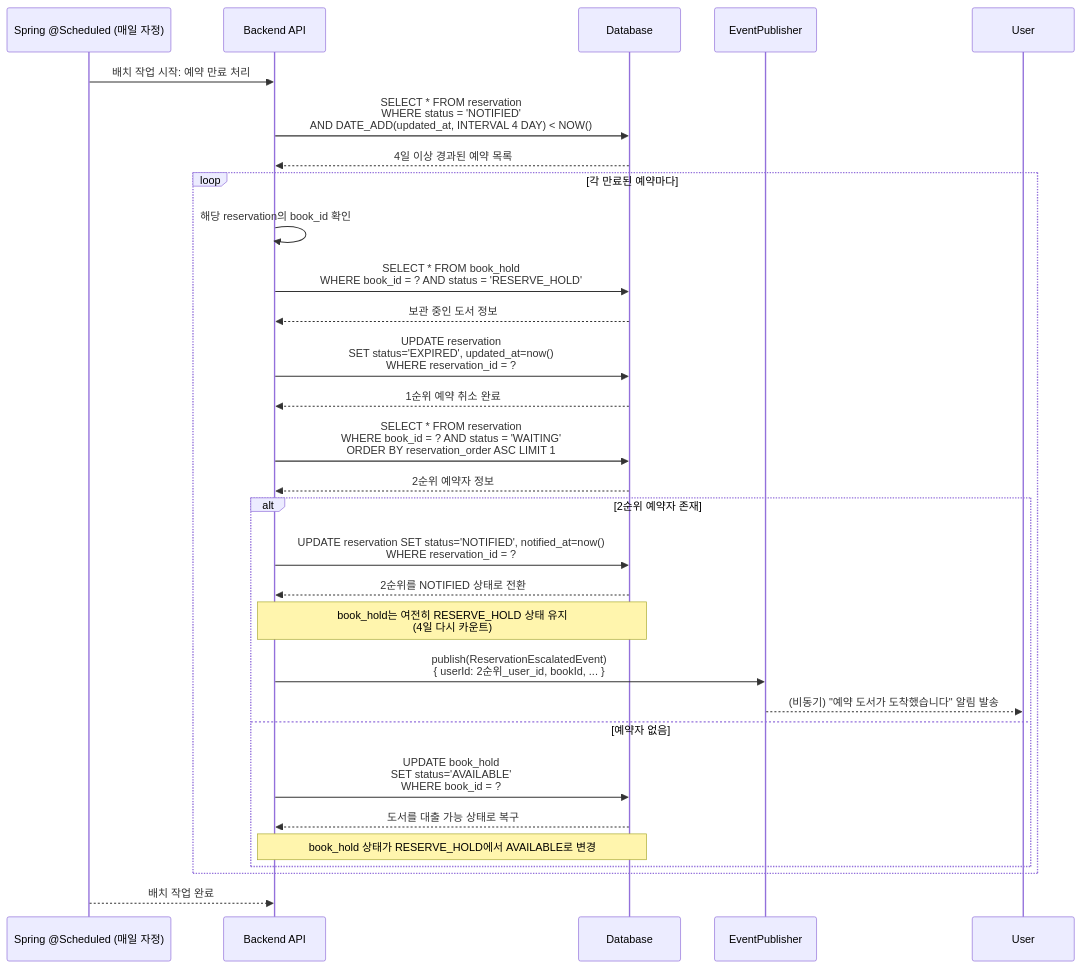
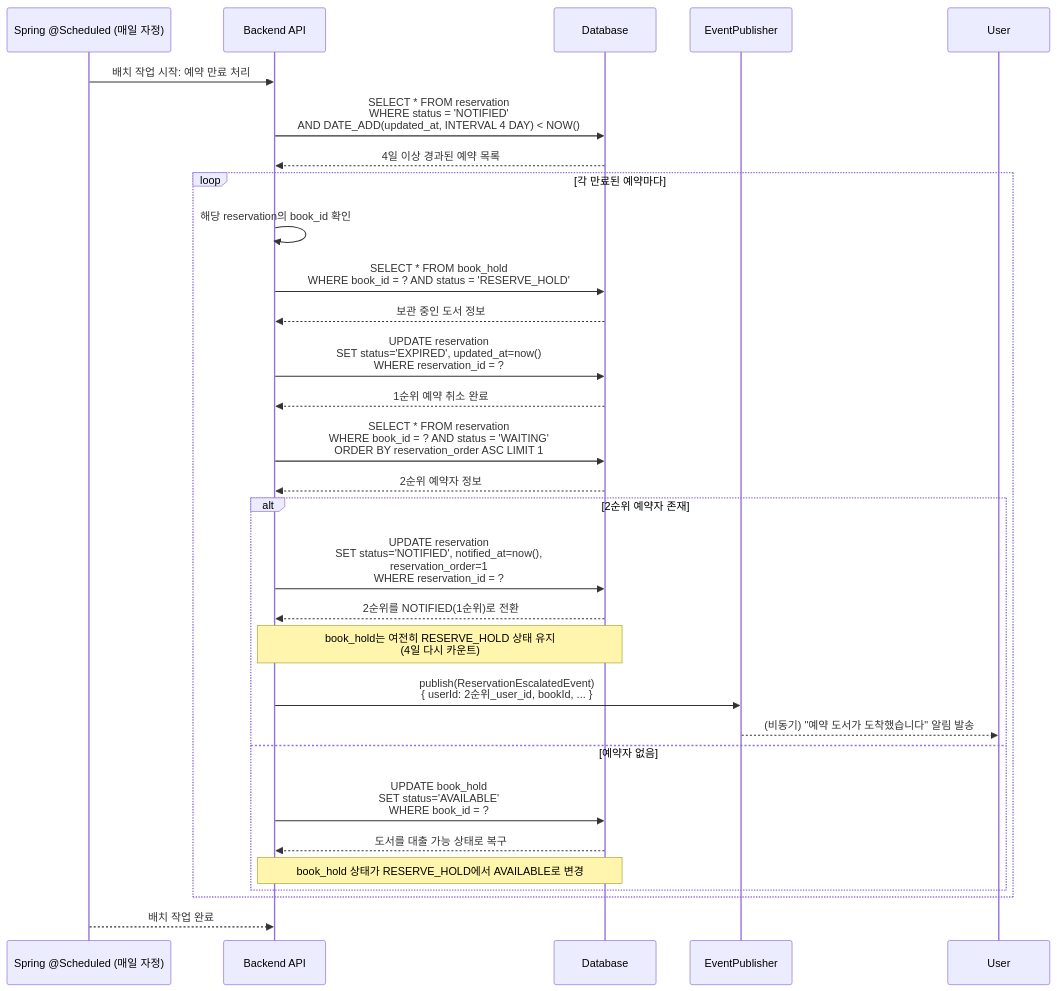
Before and after one commit to Boogieman-lab/book-management-system: the third of 4 diagrams in docs/02_design/architecture/sequence/reservation_sequence.md, drawn with Mermaid. The commit also changed other lines of this file, not shown here.

Commit message:
docs: 예약 승계 시 reservation_order 갱신 누락 수정 (C-06)
- 취소 즉시 승계 시퀀스: 2순위 → 1순위 승계 시 reservation_order=1 갱신 쿼리 추가
- 4일 자동 승계 스케줄러 시퀀스: 동일하게 reservation_order=1 갱신 쿼리 추가

````diff
--- a/docs/02_design/architecture/sequence/reservation_sequence.md
+++ b/docs/02_design/architecture/sequence/reservation_sequence.md
@@ -113,46 +113,46 @@
 ```mermaid
 sequenceDiagram
     participant Scheduler as Spring @Scheduled (매일 자정)
     participant Server as Backend API
     participant DB as Database
     participant Event as EventPublisher
 
     Scheduler->>Server: 배치 작업 시작: 예약 만료 처리
 
     Server->>DB: SELECT * FROM reservation<br>WHERE status = 'NOTIFIED'<br>AND DATE_ADD(updated_at, INTERVAL 4 DAY) < NOW()
 
     DB-->>Server: 4일 이상 경과된 예약 목록
 
     loop 각 만료된 예약마다
 
         Server->>Server: 해당 reservation의 book_id 확인
 
         Server->>DB: SELECT * FROM book_hold<br>WHERE book_id = ? AND status = 'RESERVE_HOLD'
         DB-->>Server: 보관 중인 도서 정보
 
         Server->>DB: UPDATE reservation<br>SET status='EXPIRED', updated_at=now()<br>WHERE reservation_id = ?
         DB-->>Server: 1순위 예약 취소 완료
 
         Server->>DB: SELECT * FROM reservation<br>WHERE book_id = ? AND status = 'WAITING'<br>ORDER BY reservation_order ASC LIMIT 1
         DB-->>Server: 2순위 예약자 정보
 
         alt 2순위 예약자 존재
-            Server->>DB: UPDATE reservation SET status='NOTIFIED', notified_at=now()<br>WHERE reservation_id = ?
-            DB-->>Server: 2순위를 NOTIFIED 상태로 전환
+            Server->>DB: UPDATE reservation<br>SET status='NOTIFIED', notified_at=now(),<br>reservation_order=1<br>WHERE reservation_id = ?
+            DB-->>Server: 2순위를 NOTIFIED(1순위)로 전환
 
             Note over Server,DB: book_hold는 여전히 RESERVE_HOLD 상태 유지<br>(4일 다시 카운트)
 
             Server->>Event: publish(ReservationEscalatedEvent)<br>{ userId: 2순위_user_id, bookId, ... }
             Event-->>User: (비동기) "예약 도서가 도착했습니다" 알림 발송
 
         else 예약자 없음
             Server->>DB: UPDATE book_hold<br>SET status='AVAILABLE'<br>WHERE book_id = ?
             DB-->>Server: 도서를 대출 가능 상태로 복구
 
             Note over Server,DB: book_hold 상태가 RESERVE_HOLD에서 AVAILABLE로 변경
         end
 
     end
 
     Scheduler-->>Server: 배치 작업 완료
 ```
````
